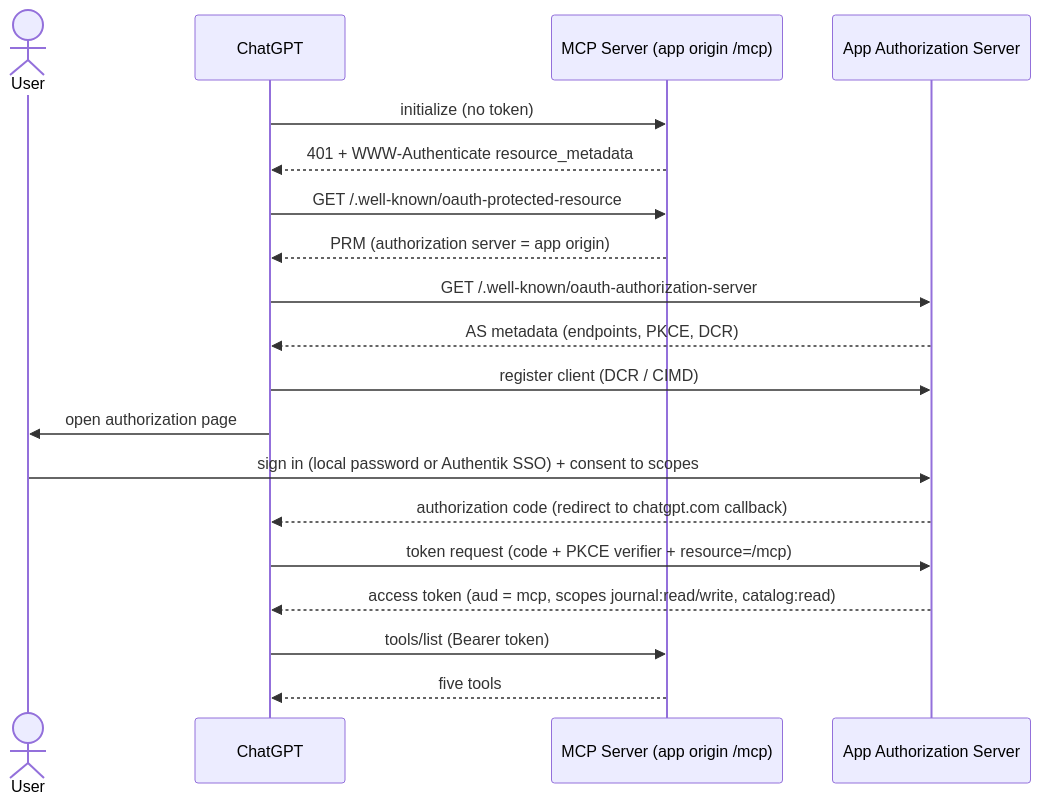
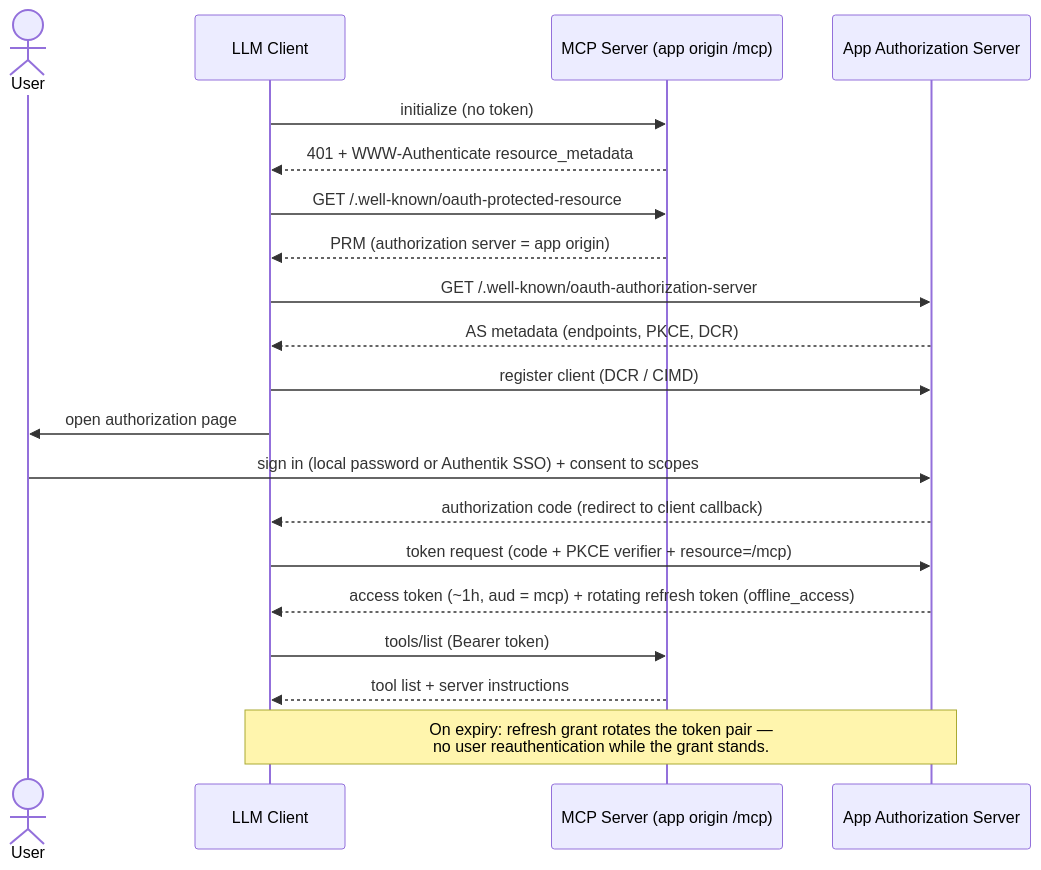
Before and after one commit to thaynes43/cigar-journal: the diagram in docs/flows/003-mcp-authorization.md, drawn with Mermaid. The commit also changed other lines of this file and 19 other files, not shown here.

First line of the commit message:
docs: revision pass from architecture review — client-neutral MCP, retry-safe mutations, relaxed cigar taxonomy

````diff
--- a/docs/flows/003-mcp-authorization.md
+++ b/docs/flows/003-mcp-authorization.md
@@ -8,21 +10,22 @@
 ```mermaid
 sequenceDiagram
     actor U as User
-    participant C as ChatGPT
+    participant C as LLM Client
     participant M as MCP Server (app origin /mcp)
     participant AS as App Authorization Server
     C->>M: initialize (no token)
     M-->>C: 401 + WWW-Authenticate resource_metadata
     C->>M: GET /.well-known/oauth-protected-resource
     M-->>C: PRM (authorization server = app origin)
     C->>AS: GET /.well-known/oauth-authorization-server
     AS-->>C: AS metadata (endpoints, PKCE, DCR)
     C->>AS: register client (DCR / CIMD)
     C->>U: open authorization page
     U->>AS: sign in (local password or Authentik SSO) + consent to scopes
-    AS-->>C: authorization code (redirect to chatgpt.com callback)
+    AS-->>C: authorization code (redirect to client callback)
     C->>AS: token request (code + PKCE verifier + resource=/mcp)
-    AS-->>C: access token (aud = mcp, scopes journal:read/write, catalog:read)
+    AS-->>C: access token (~1h, aud = mcp) + rotating refresh token (offline_access)
     C->>M: tools/list (Bearer token)
-    M-->>C: five tools
+    M-->>C: tool list + server instructions
+    Note over C,AS: On expiry: refresh grant rotates the token pair —<br/>no user reauthentication while the grant stands.
 ```
````
